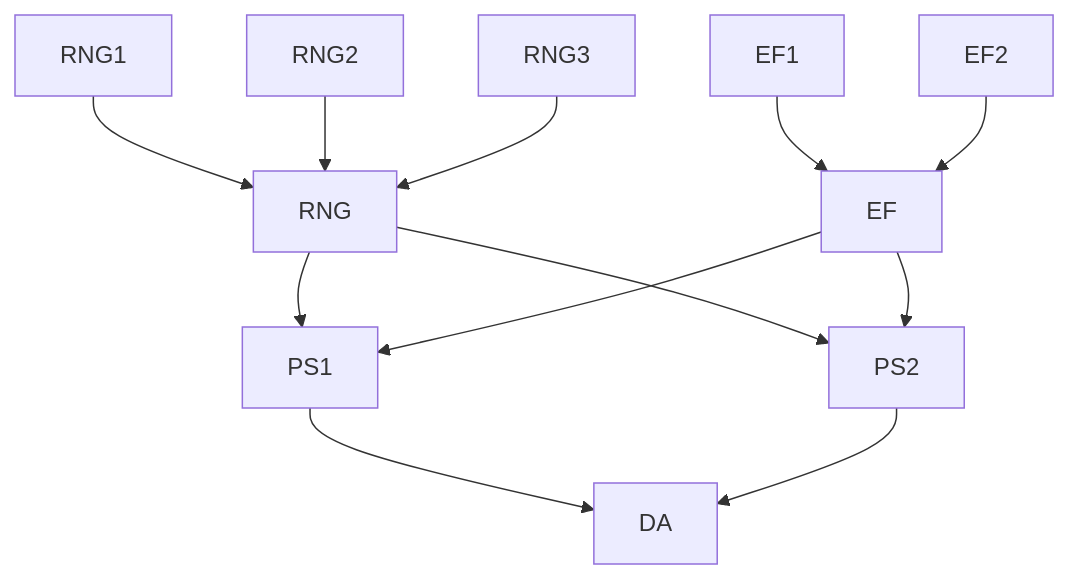
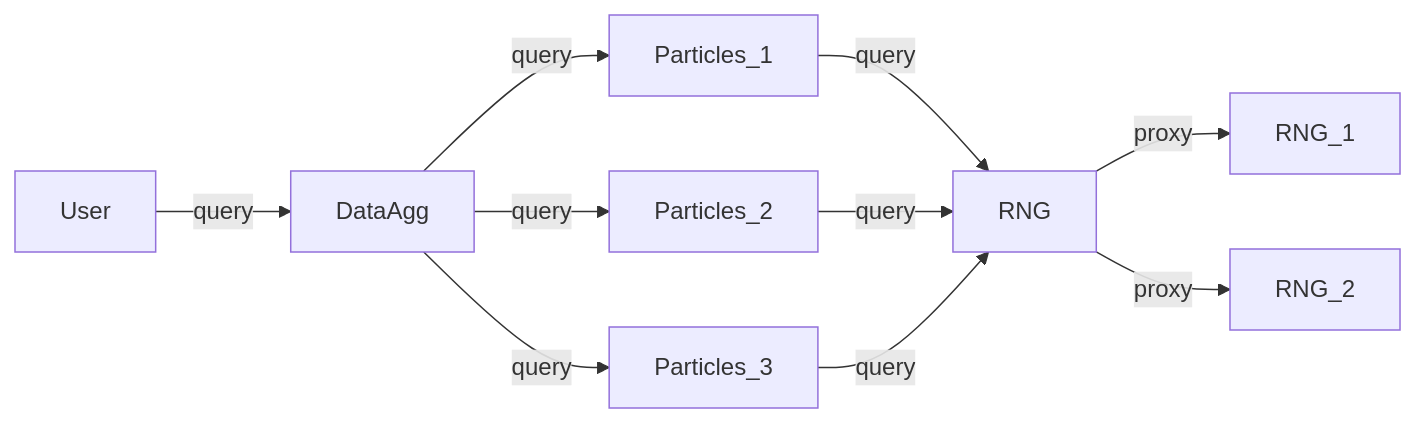
One commit to willirath/2022_reproducible_distributed_scientific_computing changed the third of 3 diagrams in README.md. Above: the diagram before and after it, drawn with Mermaid. The commit also changed other lines of this file, not shown here.

````diff
--- a/README.md
+++ b/README.md
@@ -37,14 +81,12 @@
 ```mermaid
-graph TD;
-    RNG1-->RNG;
-    RNG2-->RNG;
-    RNG3-->RNG;
-    EF1-->EF;
-    EF2-->EF;
-    RNG-->PS1;
-    RNG-->PS2;
-    EF-->PS1;
-    EF-->PS2;
-    PS1-->DA;
-    PS2-->DA;
+graph LR;
+    RNG -->|proxy| RNG_1;
+    RNG -->|proxy| RNG_2;
+    Particles_1 -->|query| RNG;
+    Particles_2 -->|query| RNG;
+    Particles_3 -->|query| RNG;
+    DataAgg -->|query| Particles_1;
+    DataAgg -->|query| Particles_2;
+    DataAgg -->|query| Particles_3;
+    User -->|query| DataAgg;
 ```
````
